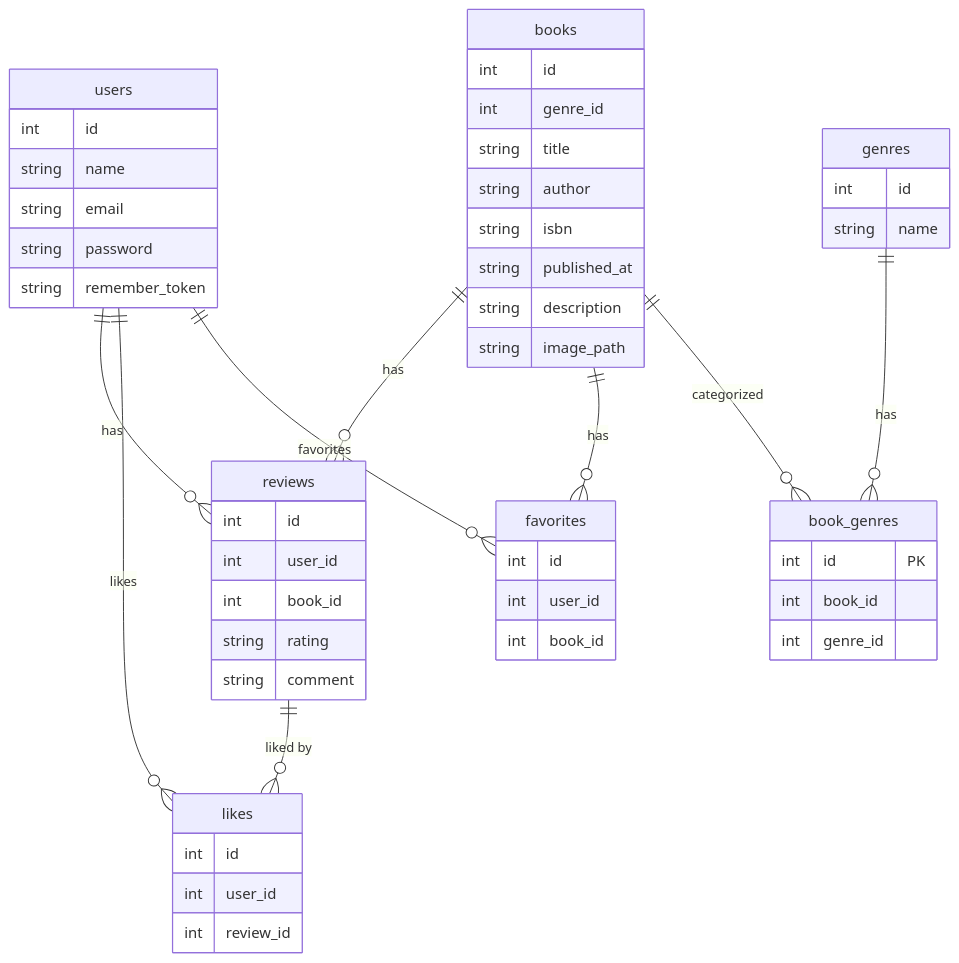
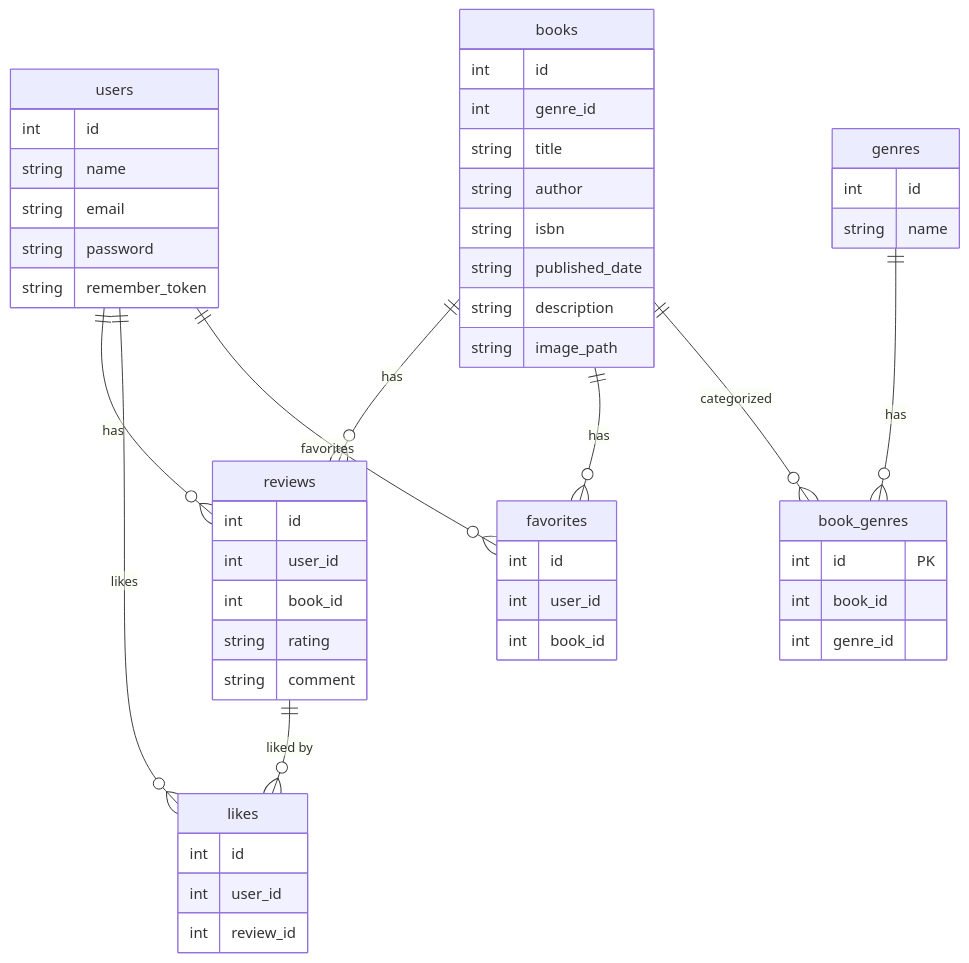
Before and after one commit to Denchan55/Bookshelf-v2: the diagram in README.md, drawn with Mermaid. The commit also changed 27 other files, not shown here.

````diff
--- a/README.md
+++ b/README.md
@@ -20,64 +20,64 @@
 ```mermaid
 erDiagram
   users {
     int id
     string name
     string email
     string password
     string remember_token
   }
 
   books {
     int id
     int genre_id
     string title
     string author
     string isbn
-    string published_at
+    string published_date
     string description
     string image_path
   }
 
   reviews {
     int id
     int user_id
     int book_id
     string rating
     string comment
   }
 
   likes {
     int id
     int user_id
     int review_id
   }
 
   favorites{
     int id
     int user_id
     int book_id
   }
 
   genres{
     int id
     string name
   }
 
   book_genres {
     int id PK
     int book_id
     int genre_id
   }
 
     users ||--o{ reviews : "has"
     users ||--o{ likes : "likes"
     users ||--o{ favorites : "favorites"
 
     books ||--o{ reviews : "has"
     books ||--o{ favorites : "has"
     books ||--o{ book_genres : "categorized"
 
     reviews ||--o{ likes : "liked by"
 
     genres ||--o{ book_genres : "has"
 ```
````
